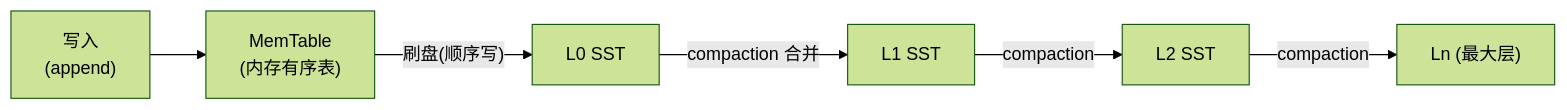
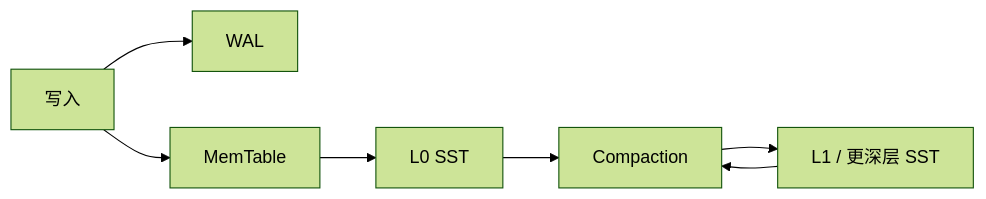
One commit to MoreConsequence/MoreConsequence.github.io changed the diagram in content/posts/lsm-vs-btree-io-amplification.md. Above: the diagram before and after it, drawn with Mermaid (forest theme). The commit also changed other lines of this file and 263 other files, not shown here.

````diff
--- a/content/posts/lsm-vs-btree-io-amplification.md
+++ b/content/posts/lsm-vs-btree-io-amplification.md
@@ -42,8 +47,9 @@
 ```mermaid
 flowchart LR
-    W["写入<br/>(append)"] --> M["MemTable<br/>(内存有序表)"]
-    M -->|"刷盘(顺序写)"| L0["L0 SST"]
-    L0 -->|"compaction 合并"| L1["L1 SST"]
-    L1 -->|"compaction"| L2["L2 SST"]
-    L2 -->|"compaction"| Ln["Ln (最大层)"]
+    W[写入] --> WAL[WAL]
+    W --> M[MemTable]
+    M --> L0[L0 SST]
+    L0 --> C[Compaction]
+    C --> L1[L1 / 更深层 SST]
+    L1 --> C
 ```
````
